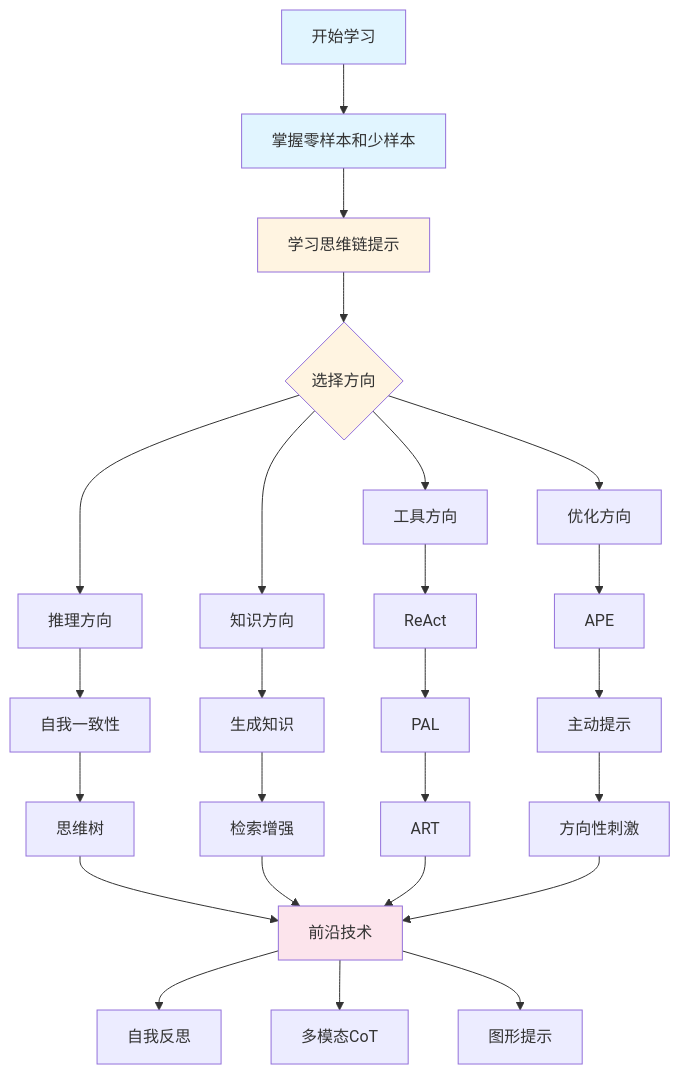
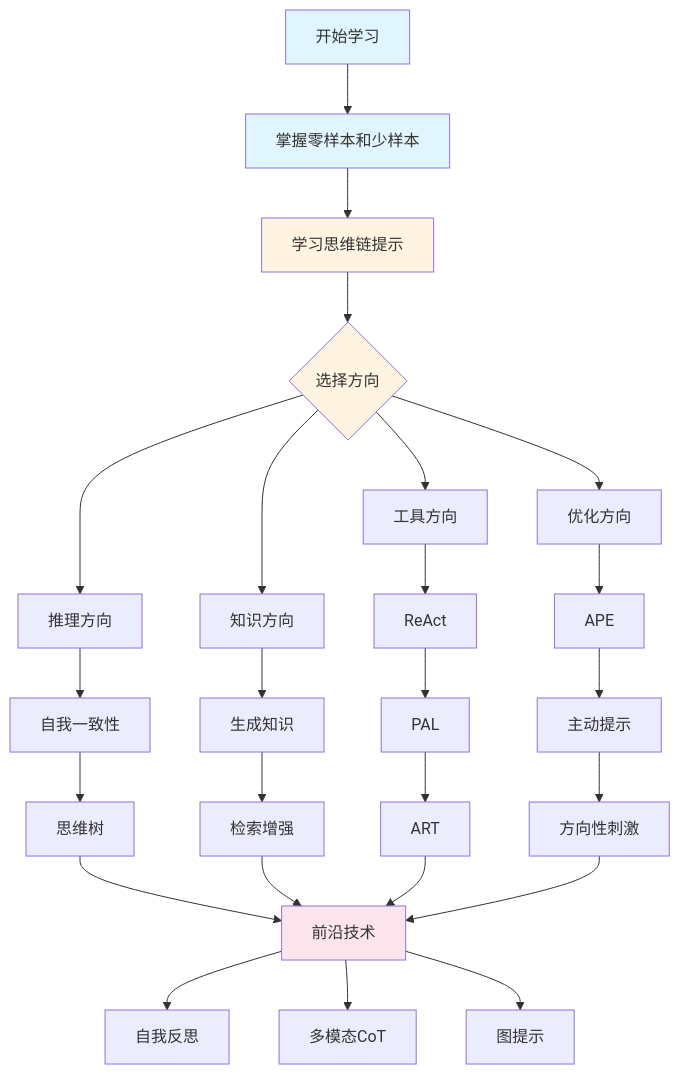
Diagram 21 of 21 in notebook/00-prompt-techniques-overview.md (lihaizhong/ai-agent-upgrade), drawn with Mermaid before and after one commit. The commit also changed other lines of this file and 15 other files, not shown here.

````diff
--- a/notebook/00-prompt-techniques-overview.md
+++ b/notebook/00-prompt-techniques-overview.md
@@ -960,39 +960,39 @@
 ```mermaid
 graph TD
     Start[开始学习] --> Step1[掌握零样本和少样本]
     Step1 --> Step2[学习思维链提示]
     Step2 --> Step3{选择方向}
 
     Step3 --> Direction1[推理方向]
     Direction1 --> D1[自我一致性]
     D1 --> D2[思维树]
 
     Step3 --> Direction2[知识方向]
     Direction2 --> K1[生成知识]
     K1 --> K2[检索增强]
 
     Step3 --> Direction3[工具方向]
     Direction3 --> T1[ReAct]
     T1 --> T2[PAL]
     T2 --> T3[ART]
 
     Step3 --> Direction4[优化方向]
     Direction4 --> O1[APE]
     O1 --> O2[主动提示]
     O2 --> O3[方向性刺激]
 
     D2 --> Advanced[前沿技术]
     K2 --> Advanced
     T3 --> Advanced
     O3 --> Advanced
 
     Advanced --> A1[自我反思]
     Advanced --> A2[多模态CoT]
-    Advanced --> A3[图形提示]
+    Advanced --> A3[图提示]
 
     style Start fill:#e1f5ff
     style Step1 fill:#e1f5ff
     style Step2 fill:#fff4e1
     style Step3 fill:#fff4e1
     style Advanced fill:#fce4ec
 ```
````
